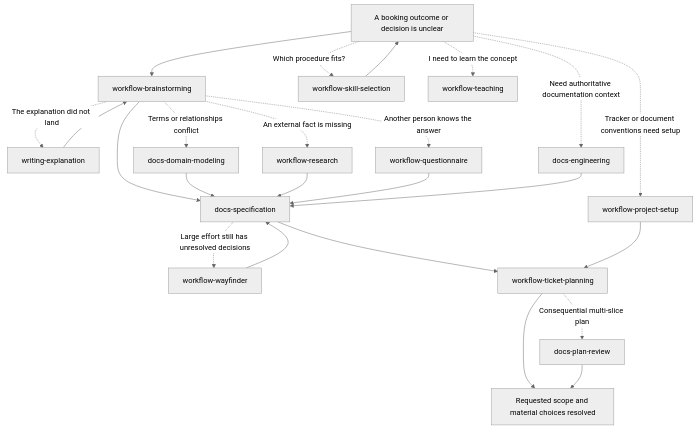
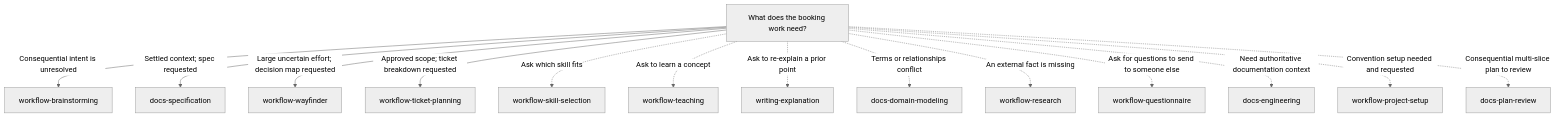
The first of 5 diagrams in SKILL-USAGE.md (rizariaputrawira/KitShift), drawn with Mermaid (neutral theme) before and after one commit. The commit also changed other lines of this file, not shown here.

Commit message:
docs: correct skill usage flowcharts

````diff
--- a/SKILL-USAGE.md
+++ b/SKILL-USAGE.md
@@ -64,26 +66,17 @@
 ```mermaid
 flowchart TD
-    P0["A booking outcome or decision is unclear"] --> P1["workflow-brainstorming"]
-    P0 -. "Which procedure fits?" .-> P2["workflow-skill-selection"]
-    P2 --> P0
-    P0 -. "I need to learn the concept" .-> P3["workflow-teaching"]
-    P1 -. "The explanation did not land" .-> P4["writing-explanation"]
-    P4 --> P1
-    P1 -. "Terms or relationships conflict" .-> P5["docs-domain-modeling"]
-    P1 -. "An external fact is missing" .-> P6["workflow-research"]
-    P1 -. "Another person knows the answer" .-> P7["workflow-questionnaire"]
-    P1 --> P8["docs-specification"]
-    P5 --> P8
-    P6 --> P8
-    P7 --> P8
+    P0["What does the booking work need?"]
+    P0 -->|"Consequential intent is unresolved"| P1["workflow-brainstorming"]
+    P0 -->|"Settled context; spec requested"| P8["docs-specification"]
+    P0 -->|"Large uncertain effort; decision map requested"| P10["workflow-wayfinder"]
+    P0 -->|"Approved scope; ticket breakdown requested"| P11["workflow-ticket-planning"]
+    P0 -. "Ask which skill fits" .-> P2["workflow-skill-selection"]
+    P0 -. "Ask to learn a concept" .-> P3["workflow-teaching"]
+    P0 -. "Ask to re-explain a prior point" .-> P4["writing-explanation"]
+    P0 -. "Terms or relationships conflict" .-> P5["docs-domain-modeling"]
+    P0 -. "An external fact is missing" .-> P6["workflow-research"]
+    P0 -. "Ask for questions to send to someone else" .-> P7["workflow-questionnaire"]
     P0 -. "Need authoritative documentation context" .-> P9["docs-engineering"]
-    P9 --> P8
-    P8 -. "Large effort still has unresolved decisions" .-> P10["workflow-wayfinder"]
-    P10 --> P8
-    P8 --> P11["workflow-ticket-planning"]
-    P0 -. "Tracker or document conventions need setup" .-> P12["workflow-project-setup"]
-    P12 --> P11
-    P11 -. "Consequential multi-slice plan" .-> P13["docs-plan-review"]
-    P11 --> P14["Requested scope and material choices resolved"]
-    P13 --> P14
+    P0 -. "Convention setup needed and requested" .-> P12["workflow-project-setup"]
+    P0 -. "Consequential multi-slice plan to review" .-> P13["docs-plan-review"]
 ```
````
